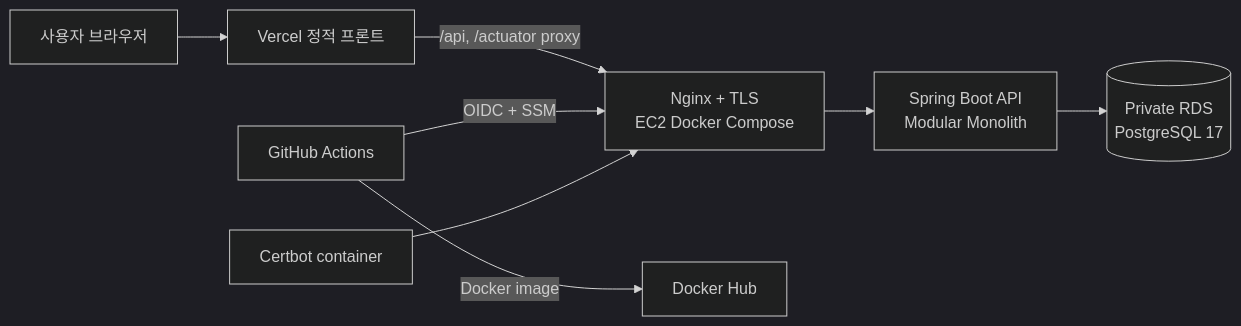
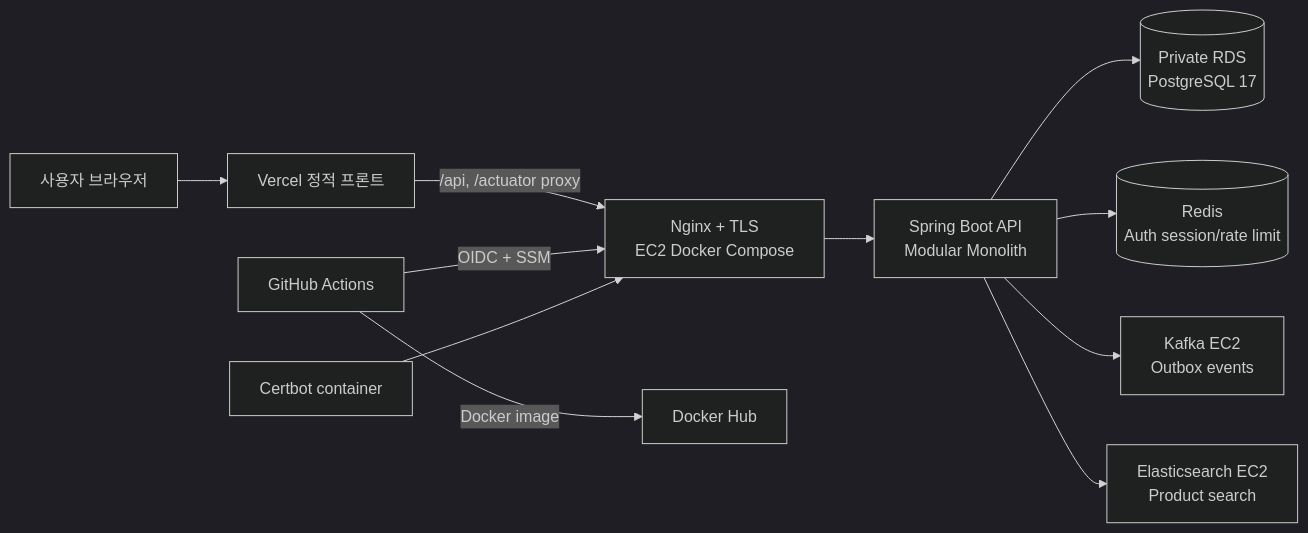
Before and after one commit to xixvivji/SKALA-shop-api: the first of 2 diagrams in README.md, drawn with Mermaid (dark theme). The commit also changed other lines of this file and 4 other files, not shown here.

````diff
--- a/README.md
+++ b/README.md
@@ -48,10 +53,13 @@
 ```mermaid
 flowchart LR
     U[사용자 브라우저] --> V[Vercel 정적 프론트]
     V -->|/api, /actuator proxy| N[Nginx + TLS<br/>EC2 Docker Compose]
     N --> B[Spring Boot API<br/>Modular Monolith]
     B --> R[(Private RDS<br/>PostgreSQL 17)]
+    B --> RD[(Redis<br/>Auth session/rate limit)]
+    B --> K[Kafka EC2<br/>Outbox events]
+    B --> E[Elasticsearch EC2<br/>Product search]
     G[GitHub Actions] -->|Docker image| D[Docker Hub]
     G -->|OIDC + SSM| N
     C[Certbot container] --> N
 ```
````
